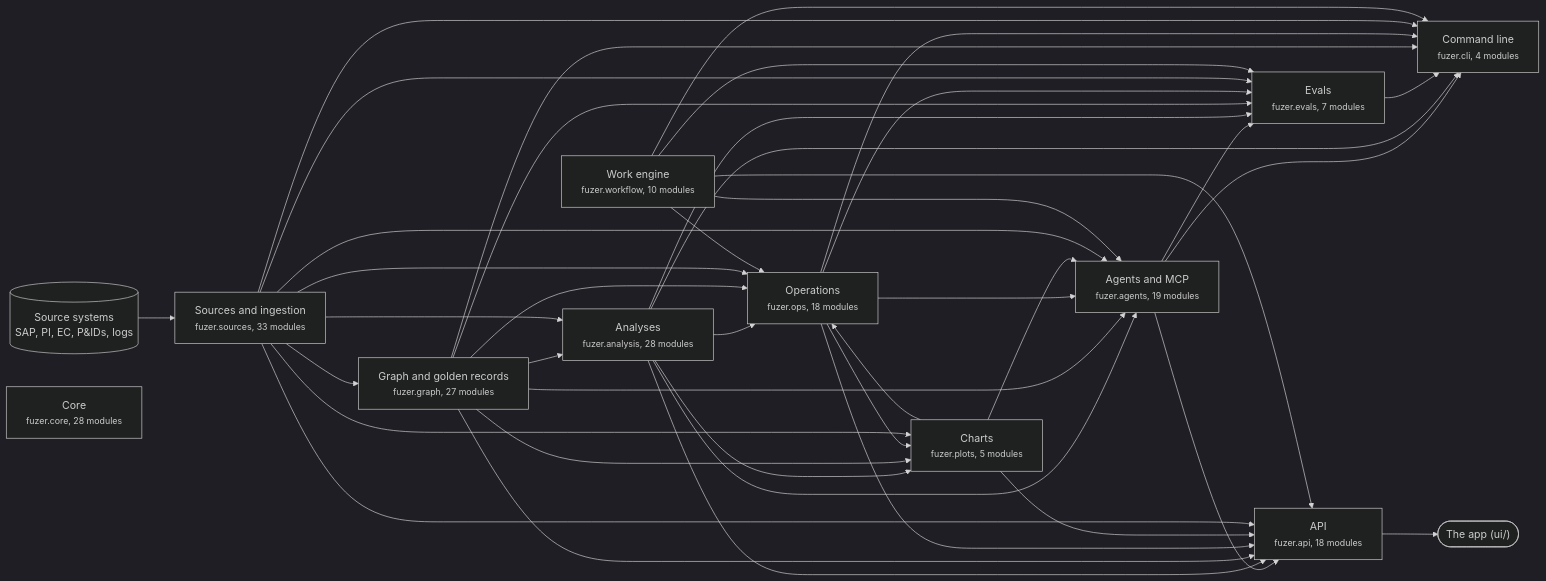
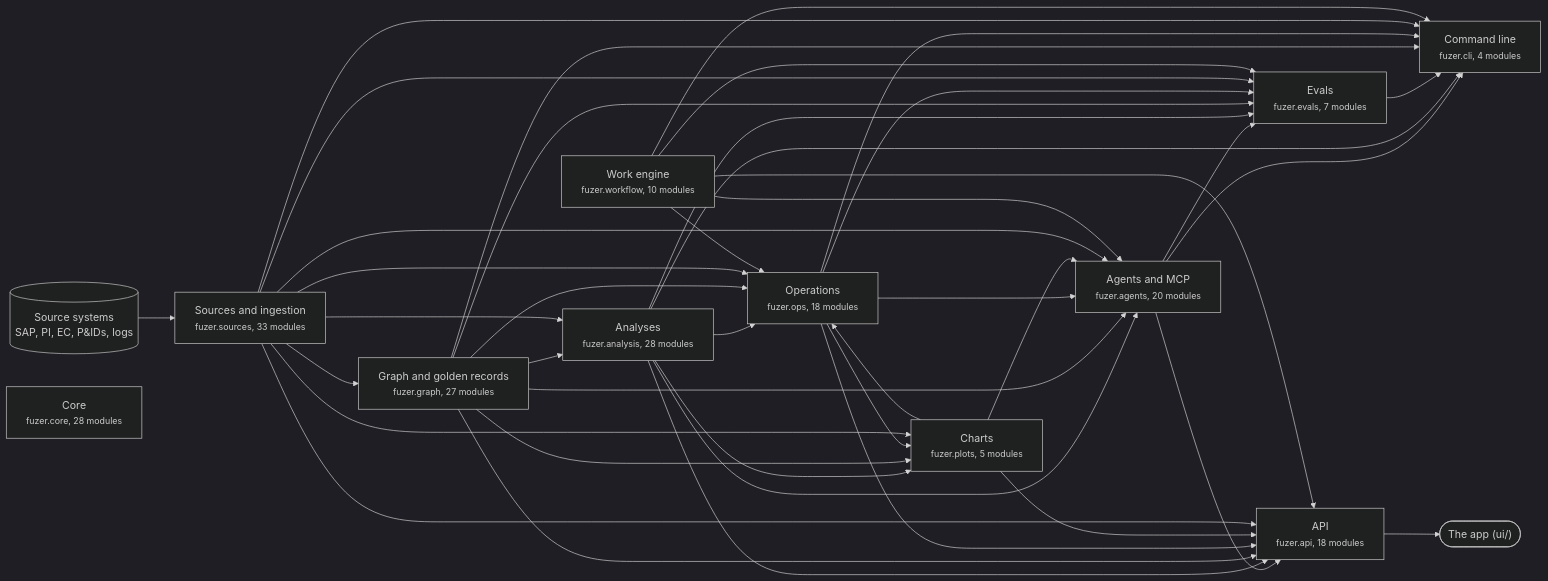
One commit to areed145/fuzer changed the first of 3 diagrams in docs/architecture.md. Above: the diagram before and after it, drawn with Mermaid (dark theme). The commit also changed other lines of this file and 10 other files, not shown here.

````diff
--- a/docs/architecture.md
+++ b/docs/architecture.md
@@ -8,66 +8,66 @@
 ```mermaid
 flowchart LR
   systems[("Source systems<br>SAP, PI, EC, P&IDs, logs")] --> c_sources
   app(["The app (ui/)"])
   c_api --> app
   c_sources["Sources and ingestion<br><small>fuzer.sources, 33 modules</small>"]
   c_graph["Graph and golden records<br><small>fuzer.graph, 27 modules</small>"]
   c_analysis["Analyses<br><small>fuzer.analysis, 28 modules</small>"]
   c_ops["Operations<br><small>fuzer.ops, 18 modules</small>"]
   c_plots["Charts<br><small>fuzer.plots, 5 modules</small>"]
   c_workflow["Work engine<br><small>fuzer.workflow, 10 modules</small>"]
-  c_agents["Agents and MCP<br><small>fuzer.agents, 19 modules</small>"]
+  c_agents["Agents and MCP<br><small>fuzer.agents, 20 modules</small>"]
   c_evals["Evals<br><small>fuzer.evals, 7 modules</small>"]
   c_api["API<br><small>fuzer.api, 18 modules</small>"]
   c_cli["Command line<br><small>fuzer.cli, 4 modules</small>"]
   c_core["Core<br><small>fuzer.core, 28 modules</small>"]
   c_sources --> c_graph
   c_graph --> c_analysis
   c_sources --> c_analysis
   c_analysis --> c_ops
   c_graph --> c_ops
   c_plots --> c_ops
   c_sources --> c_ops
   c_workflow --> c_ops
   c_analysis --> c_plots
   c_graph --> c_plots
   c_ops --> c_plots
   c_sources --> c_plots
   c_analysis --> c_agents
   c_graph --> c_agents
   c_ops --> c_agents
   c_plots --> c_agents
   c_sources --> c_agents
   c_workflow --> c_agents
   c_agents --> c_evals
   c_analysis --> c_evals
   c_graph --> c_evals
   c_ops --> c_evals
   c_sources --> c_evals
   c_workflow --> c_evals
   c_agents --> c_api
   c_analysis --> c_api
   c_graph --> c_api
   c_ops --> c_api
   c_plots --> c_api
   c_sources --> c_api
   c_workflow --> c_api
   c_agents --> c_cli
   c_analysis --> c_cli
   c_evals --> c_cli
   c_graph --> c_cli
   c_ops --> c_cli
   c_sources --> c_cli
   c_workflow --> c_cli
   click c_sources "https://github.com/areed145/fuzer/tree/main/src/fuzer/sources"
   click c_graph "https://github.com/areed145/fuzer/tree/main/src/fuzer/graph"
   click c_analysis "https://github.com/areed145/fuzer/tree/main/src/fuzer/analysis"
   click c_ops "https://github.com/areed145/fuzer/tree/main/src/fuzer/ops"
   click c_plots "https://github.com/areed145/fuzer/tree/main/src/fuzer/plots"
   click c_workflow "https://github.com/areed145/fuzer/tree/main/src/fuzer/workflow"
   click c_agents "https://github.com/areed145/fuzer/tree/main/src/fuzer/agents"
   click c_evals "https://github.com/areed145/fuzer/tree/main/src/fuzer/evals"
   click c_api "https://github.com/areed145/fuzer/tree/main/src/fuzer/api"
   click c_cli "https://github.com/areed145/fuzer/tree/main/src/fuzer/cli"
   click c_core "https://github.com/areed145/fuzer/tree/main/src/fuzer/core"
 ```
````
